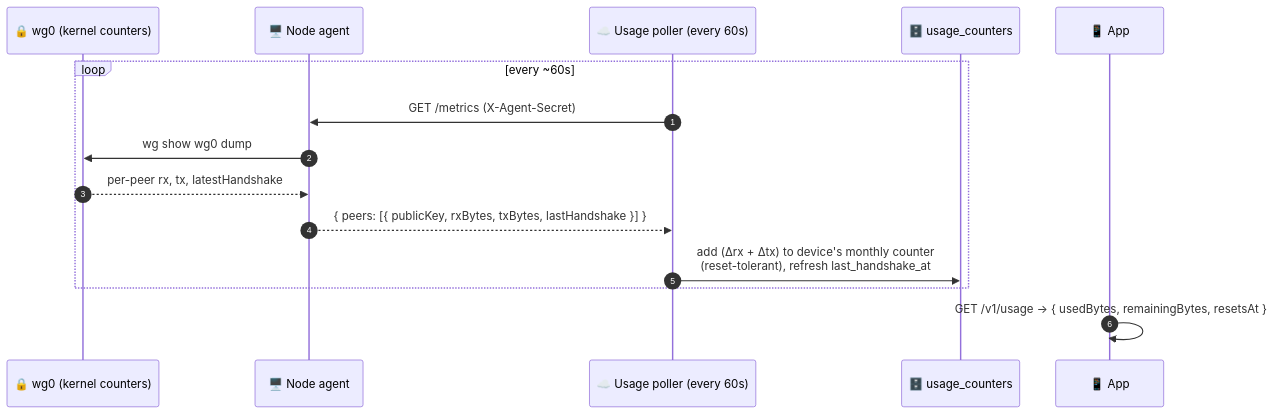
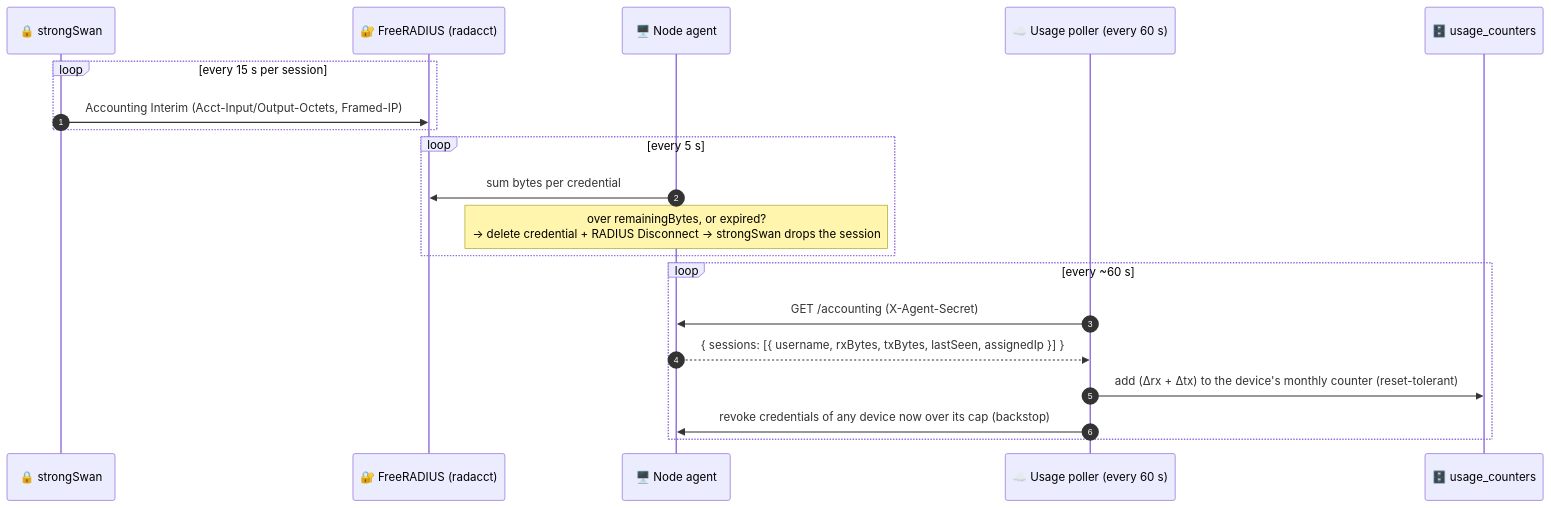
Before and after one commit to UmairAfzalGitHub/VPN-Master-BE: the third of 4 diagrams in docs/ARCHITECTURE.md, drawn with Mermaid. The commit also changed other lines of this file and 33 other files, not shown here.

````diff
--- a/docs/ARCHITECTURE.md
+++ b/docs/ARCHITECTURE.md
@@ -116,19 +126,23 @@
 ```mermaid
 sequenceDiagram
     autonumber
-    participant WG as 🔒 wg0 (kernel counters)
+    participant SS as 🔒 strongSwan
+    participant FR as 🔐 FreeRADIUS (radacct)
     participant Agent as 🖥️ Node agent
-    participant Poll as ☁️ Usage poller (every 60s)
+    participant Poll as ☁️ Usage poller (every 60 s)
     participant DB as 🗄️ usage_counters
-    participant App as 📱 App
 
-    loop every ~60s
-        Poll->>Agent: GET /metrics (X-Agent-Secret)
-        Agent->>WG: wg show wg0 dump
-        WG-->>Agent: per-peer rx, tx, latestHandshake
-        Agent-->>Poll: { peers: [{ publicKey, rxBytes, txBytes, lastHandshake }] }
-        Poll->>DB: add (Δrx + Δtx) to device's monthly counter<br/>(reset-tolerant), refresh last_handshake_at
+    loop every 15 s per session
+        SS->>FR: Accounting Interim (Acct-Input/Output-Octets, Framed-IP)
     end
-
-    App->>App: GET /v1/usage → { usedBytes, remainingBytes, resetsAt }
+    loop every 5 s
+        Agent->>FR: sum bytes per credential
+        Note over Agent: over remainingBytes, or expired?<br/>→ delete credential + RADIUS Disconnect → strongSwan drops the session
+    end
+    loop every ~60 s
+        Poll->>Agent: GET /accounting (X-Agent-Secret)
+        Agent-->>Poll: { sessions: [{ username, rxBytes, txBytes, lastSeen, assignedIp }] }
+        Poll->>DB: add (Δrx + Δtx) to the device's monthly counter (reset-tolerant)
+        Poll->>Agent: revoke credentials of any device now over its cap (backstop)
+    end
 ```
````
